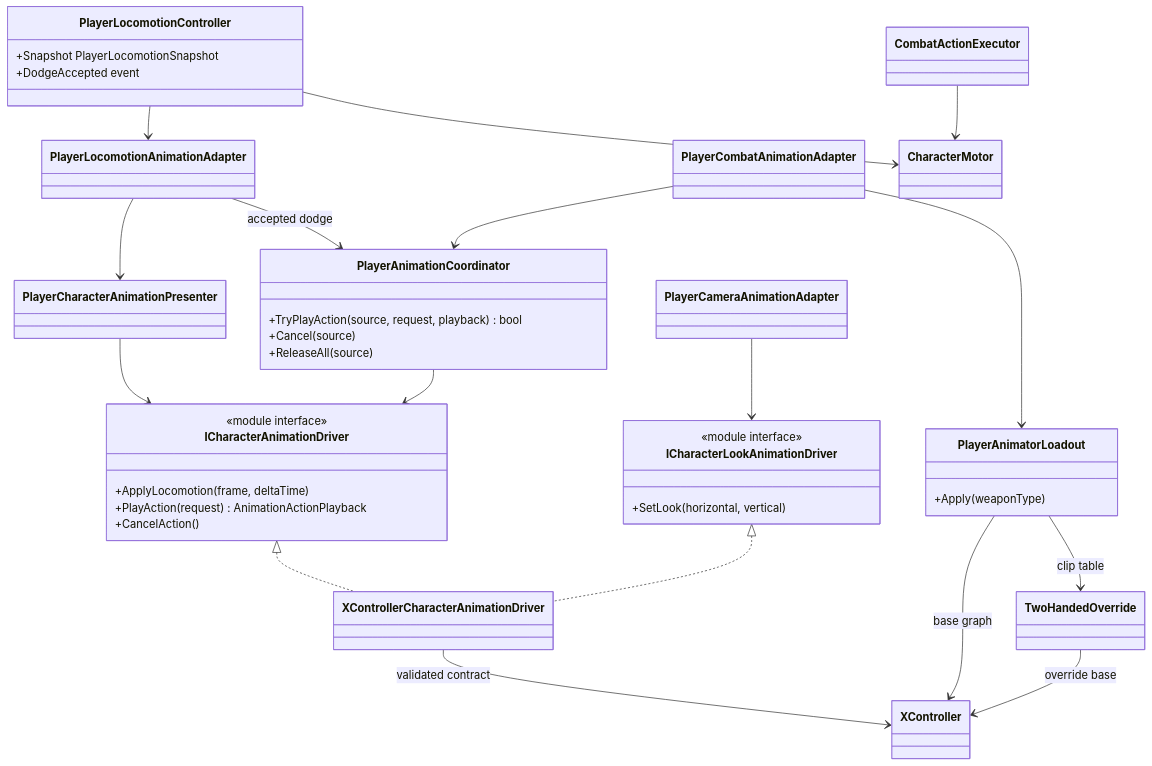
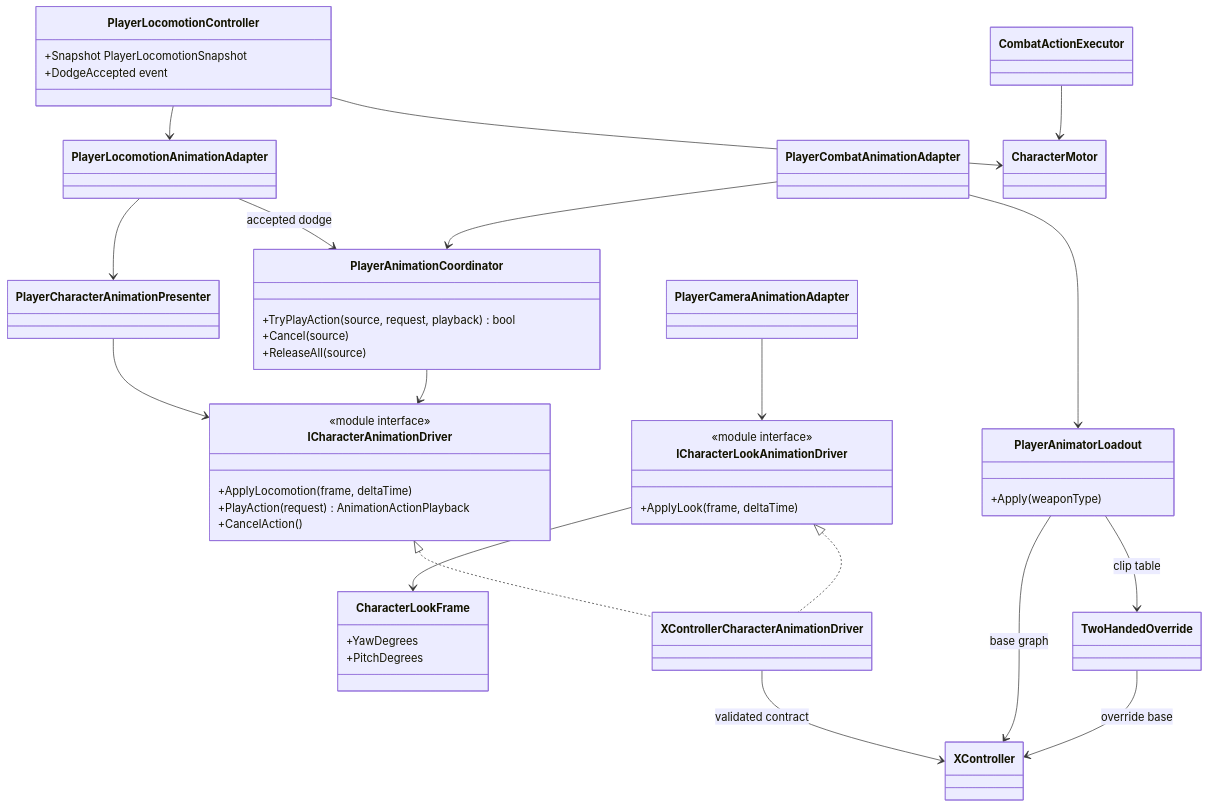
One commit to MaximFonariuc/project-s changed the diagram in Docs/Architecture/Player.Animation.md. Above: the diagram before and after it, drawn with Mermaid. The commit also changed other lines of this file and 4398 other files, not shown here.

````diff
--- a/Docs/Architecture/Player.Animation.md
+++ b/Docs/Architecture/Player.Animation.md
@@ -10,51 +10,56 @@
 ```mermaid
 classDiagram
     class PlayerLocomotionController {
         +Snapshot PlayerLocomotionSnapshot
         +DodgeAccepted event
     }
     class PlayerLocomotionAnimationAdapter
     class PlayerCharacterAnimationPresenter
     class PlayerCombatAnimationAdapter
     class PlayerAnimatorLoadout {
         +Apply(weaponType)
     }
     class PlayerAnimationCoordinator {
         +TryPlayAction(source, request, playback) bool
         +Cancel(source)
         +ReleaseAll(source)
     }
     class ICharacterAnimationDriver {
         <<module interface>>
         +ApplyLocomotion(frame, deltaTime)
         +PlayAction(request) AnimationActionPlayback
         +CancelAction()
     }
     class ICharacterLookAnimationDriver {
         <<module interface>>
-        +SetLook(horizontal, vertical)
+        +ApplyLook(frame, deltaTime)
+    }
+    class CharacterLookFrame {
+        +YawDegrees
+        +PitchDegrees
     }
     class XControllerCharacterAnimationDriver
     class PlayerCameraAnimationAdapter
     class XController
     class TwoHandedOverride
     class CharacterMotor
     class CombatActionExecutor
 
     PlayerLocomotionController --> PlayerLocomotionAnimationAdapter
     PlayerLocomotionAnimationAdapter --> PlayerCharacterAnimationPresenter
     PlayerLocomotionAnimationAdapter --> PlayerAnimationCoordinator : accepted dodge
     PlayerCombatAnimationAdapter --> PlayerAnimationCoordinator
     PlayerCombatAnimationAdapter --> PlayerAnimatorLoadout
     PlayerCharacterAnimationPresenter --> ICharacterAnimationDriver
     PlayerAnimationCoordinator --> ICharacterAnimationDriver
     PlayerCameraAnimationAdapter --> ICharacterLookAnimationDriver
+    ICharacterLookAnimationDriver --> CharacterLookFrame
     ICharacterAnimationDriver <|.. XControllerCharacterAnimationDriver
     ICharacterLookAnimationDriver <|.. XControllerCharacterAnimationDriver
     XControllerCharacterAnimationDriver --> XController : validated contract
     PlayerAnimatorLoadout --> XController : base graph
     PlayerAnimatorLoadout --> TwoHandedOverride : clip table
     TwoHandedOverride --> XController : override base
     PlayerLocomotionController --> CharacterMotor
     CombatActionExecutor --> CharacterMotor
 ```
````
